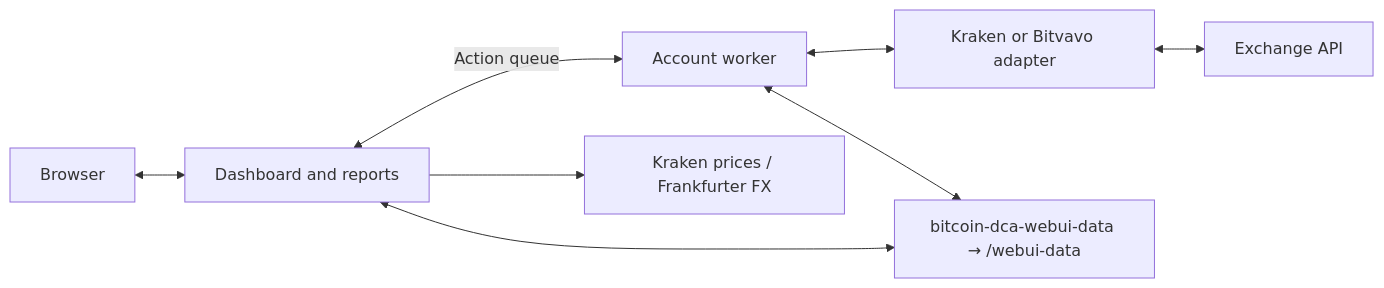
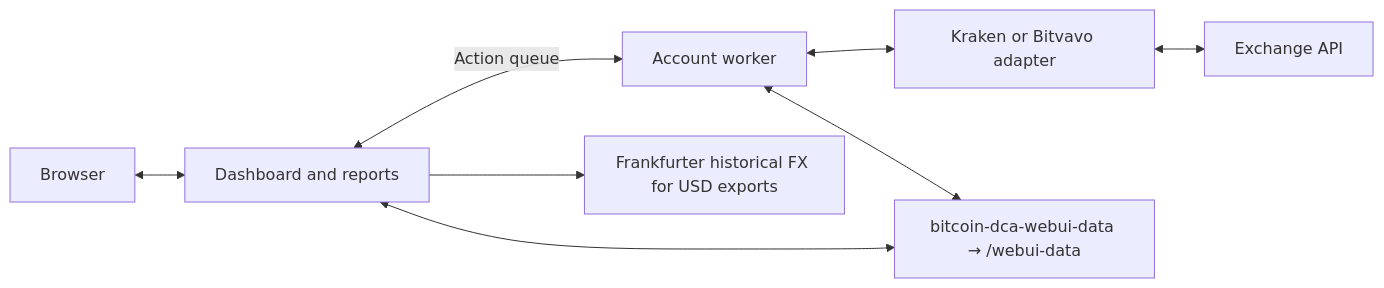
The diagram in docs/architecture.md (oli792dev/docker-bitcoin-dca), drawn with Mermaid before and after one commit. The commit also changed other lines of this file and 35 other files, not shown here.

```diff
--- a/docs/architecture.md
+++ b/docs/architecture.md
@@ -7,10 +7,10 @@
 ~~~mermaid
 flowchart LR
     Browser <--> Web["Dashboard and reports"]
     Web <-->|Action queue| Worker["Account worker"]
     Worker <--> Adapter["Kraken or Bitvavo adapter"]
     Adapter <--> Exchange["Exchange API"]
     Worker <--> Data["bitcoin-dca-webui-data → /webui-data"]
     Web <--> Data
-    Web --> Sources["Kraken prices / Frankfurter FX"]
+    Web --> Sources["Frankfurter historical FX for USD exports"]
 ~~~
```
